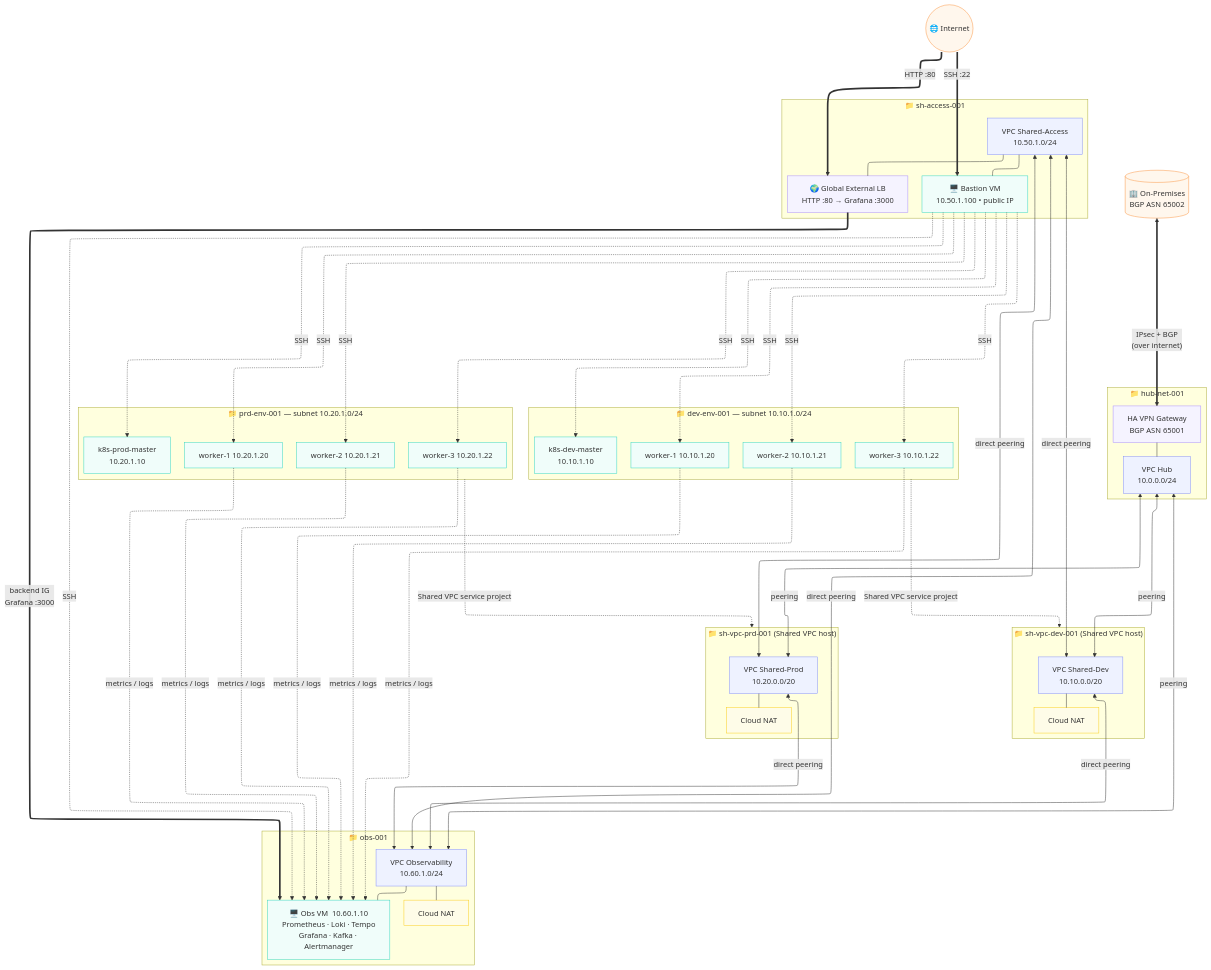
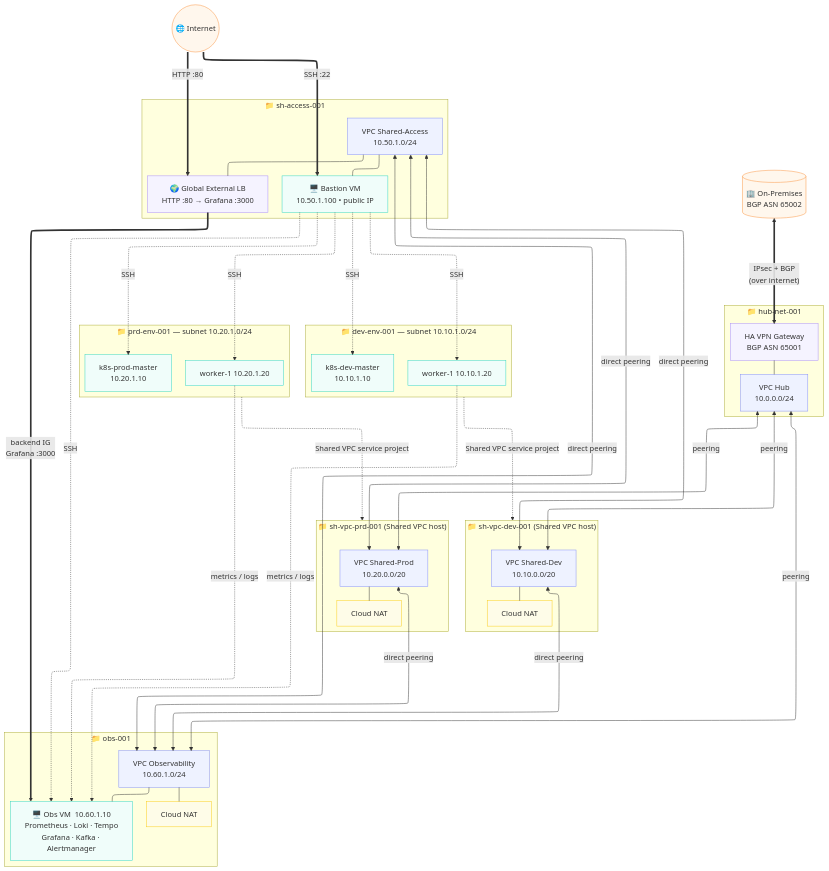
The diagram in terraform-code/README.md (sonthkl95/soure-code-do-an-tot-nghiep), drawn with Mermaid before and after one commit. The commit also changed 7 other files, not shown here.

```diff
--- a/terraform-code/README.md
+++ b/terraform-code/README.md
@@ -52,15 +52,11 @@
     subgraph DevEnvPrj["📁 dev-env-001  —  subnet 10.10.1.0/24"]
         DevMaster["k8s-dev-master\n10.10.1.10"]
         DevW1["worker-1  10.10.1.20"]
-        DevW2["worker-2  10.10.1.21"]
-        DevW3["worker-3  10.10.1.22"]
     end
 
     subgraph PrdEnvPrj["📁 prd-env-001  —  subnet 10.20.1.0/24"]
         PrdMaster["k8s-prod-master\n10.20.1.10"]
         PrdW1["worker-1  10.20.1.20"]
-        PrdW2["worker-2  10.20.1.21"]
-        PrdW3["worker-3  10.20.1.22"]
     end
 
     DevEnvPrj -.->|"Shared VPC service project"| DevHostPrj
@@ -82,12 +78,12 @@
 
     ExtLB ==>|"backend IG\nGrafana :3000"| ObsVM
 
-    Bastion -.->|SSH| DevMaster & DevW1 & DevW2 & DevW3
-    Bastion -.->|SSH| PrdMaster & PrdW1 & PrdW2 & PrdW3
+    Bastion -.->|SSH| DevMaster & DevW1
+    Bastion -.->|SSH| PrdMaster & PrdW1
     Bastion -.->|SSH| ObsVM
 
-    DevW1 & DevW2 & DevW3 -.->|"metrics / logs"| ObsVM
-    PrdW1 & PrdW2 & PrdW3 -.->|"metrics / logs"| ObsVM
+    DevW1 -.->|"metrics / logs"| ObsVM
+    PrdW1 -.->|"metrics / logs"| ObsVM
 
     classDef vpc fill:#eef2ff,stroke:#818cf8
     classDef vm  fill:#f0fdfa,stroke:#2dd4bf
@@ -96,7 +92,7 @@
     classDef nat fill:#fefce8,stroke:#facc15
 
     class HubVPC,DevVPC,PrdVPC,AccessVPC,ObsVPC vpc
-    class Bastion,DevMaster,DevW1,DevW2,DevW3,PrdMaster,PrdW1,PrdW2,PrdW3,ObsVM vm
+    class Bastion,DevMaster,DevW1,PrdMaster,PrdW1,ObsVM vm
     class ExtLB,VPN lb
     class Internet,OnPrem ext
     class NATd,NATp,NATo nat
```
